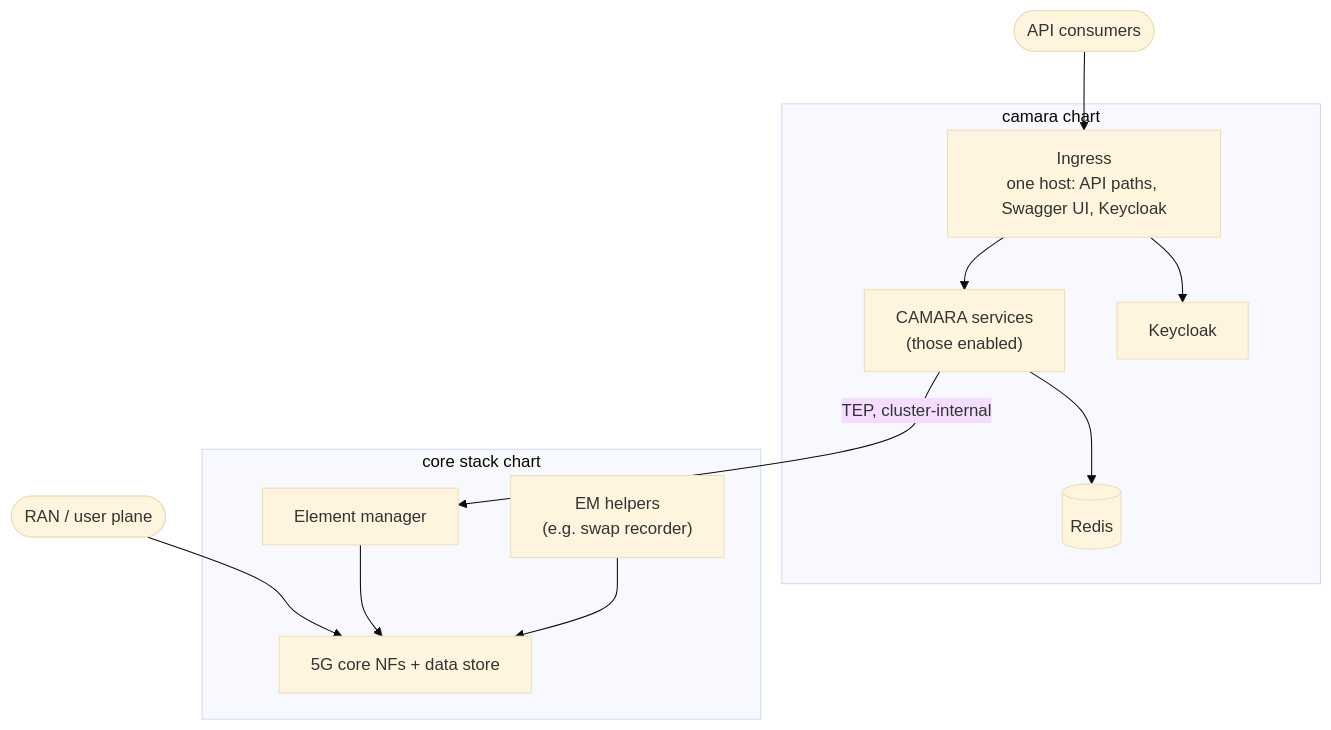
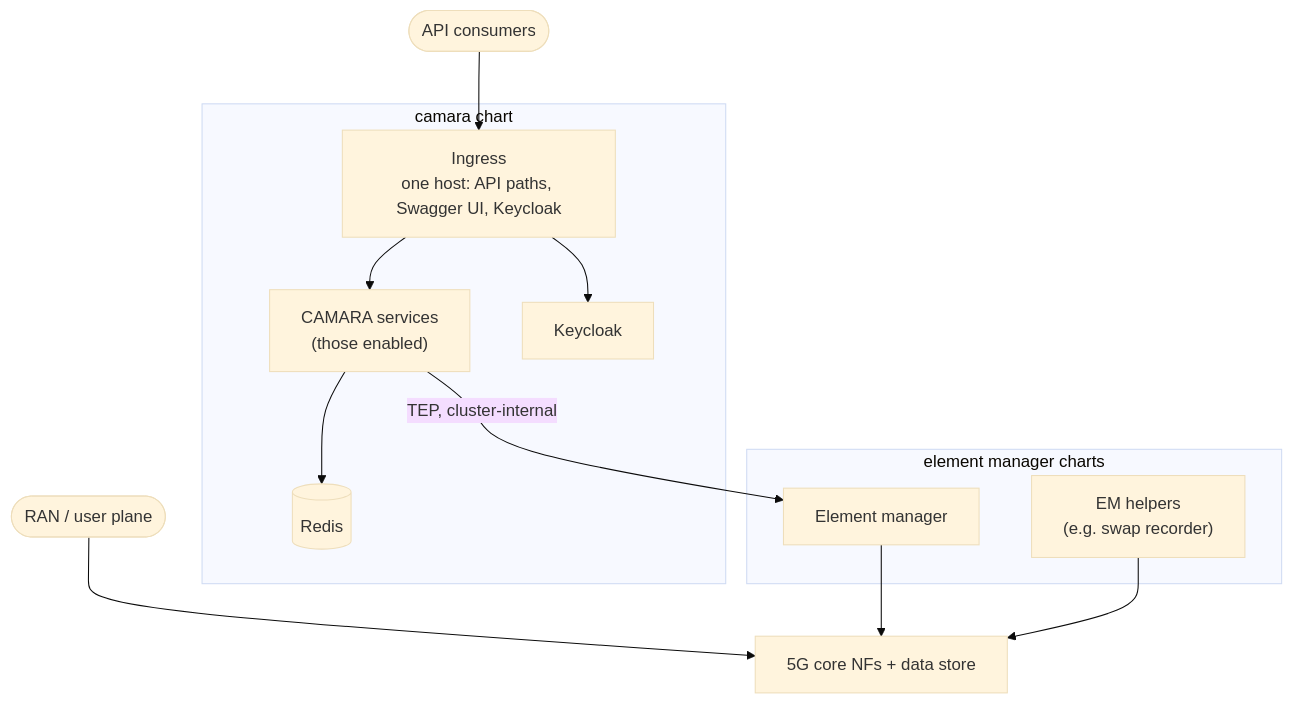
Before and after one commit to p-NET-Emerging-Networks-Verticals/tep-architecture: the diagram in docs/deployment.md, drawn with Mermaid (base theme). The commit also changed other lines of this file and 9 other files, not shown here.

````diff
--- a/docs/deployment.md
+++ b/docs/deployment.md
@@ -7,27 +7,27 @@
 ```mermaid
 flowchart TB
     internet(["API consumers"])
 
     subgraph rel_camara["camara chart"]
         ingress["Ingress<br/>one host: API paths, Swagger UI, Keycloak"]
         apis["CAMARA services<br/>(those enabled)"]
         kc["Keycloak"]
         redis[("Redis")]
     end
 
-    subgraph rel_stack["core stack chart"]
+    subgraph rel_em["element manager charts"]
         em["Element manager"]
         helpers["EM helpers<br/>(e.g. swap recorder)"]
-        core["5G core NFs + data store"]
     end
 
+    core["5G core NFs + data store"]
     ran(["RAN / user plane"]) --> core
 
     internet --> ingress
     ingress --> apis
     ingress --> kc
     apis --> redis
     apis -- "TEP, cluster-internal" --> em
     em --> core
     helpers --> core
 ```
````
